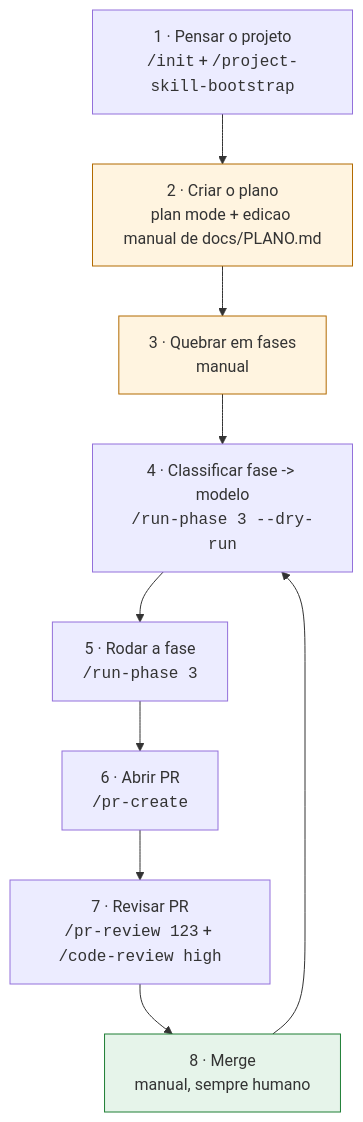
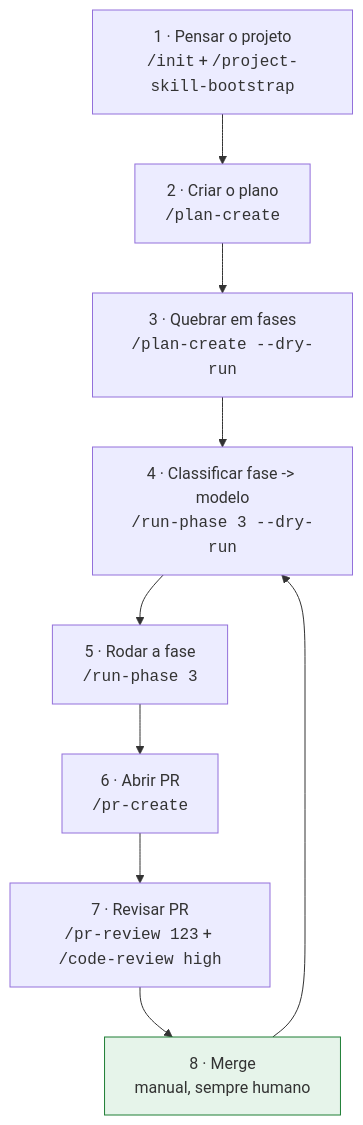
One commit to guimullerdev/agentic-workflows changed the diagram in README.md. Above: the diagram before and after it, drawn with Mermaid. The commit also changed other lines of this file and 2 other files, not shown here.

Commit message:
feat: add plan-create skill to build phased project plans

````diff
--- a/README.md
+++ b/README.md
@@ -48,15 +49,13 @@
 ```mermaid
 flowchart TD
     A["1 · Pensar o projeto<br/><code>/init</code> + <code>/project-skill-bootstrap</code>"] --> B
-    B["2 · Criar o plano<br/>plan mode + edicao manual de docs/PLANO.md"] --> C
-    C["3 · Quebrar em fases<br/>manual"] --> D
+    B["2 · Criar o plano<br/><code>/plan-create</code>"] --> C
+    C["3 · Quebrar em fases<br/><code>/plan-create --dry-run</code>"] --> D
     D["4 · Classificar fase -> modelo<br/><code>/run-phase 3 --dry-run</code>"] --> E
     E["5 · Rodar a fase<br/><code>/run-phase 3</code>"] --> F
     F["6 · Abrir PR<br/><code>/pr-create</code>"] --> G
     G["7 · Revisar PR<br/><code>/pr-review 123</code> + <code>/code-review high</code>"] --> H
     H["8 · Merge<br/>manual, sempre humano"] --> D
 
-    style B fill:#fff4e0,stroke:#b26a00
-    style C fill:#fff4e0,stroke:#b26a00
     style H fill:#e6f4ea,stroke:#1e7e34
 ```
````
